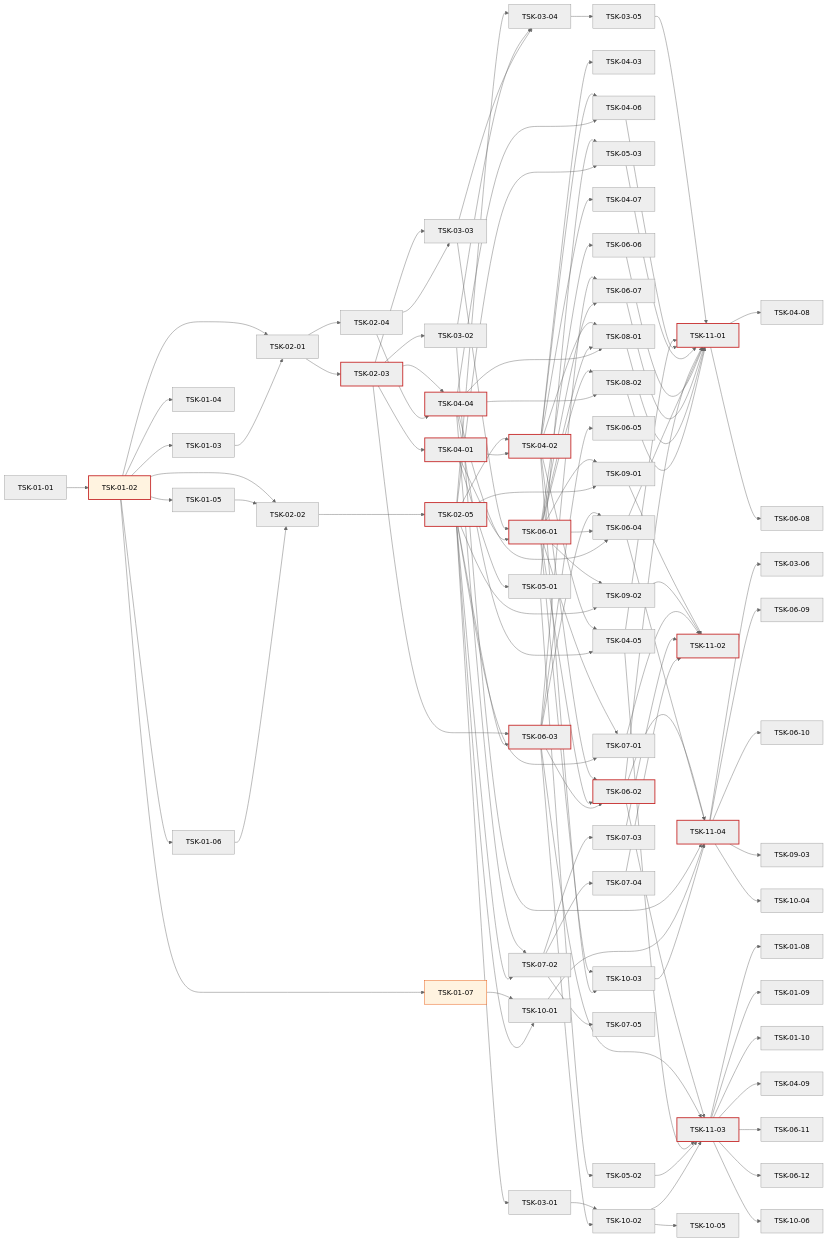
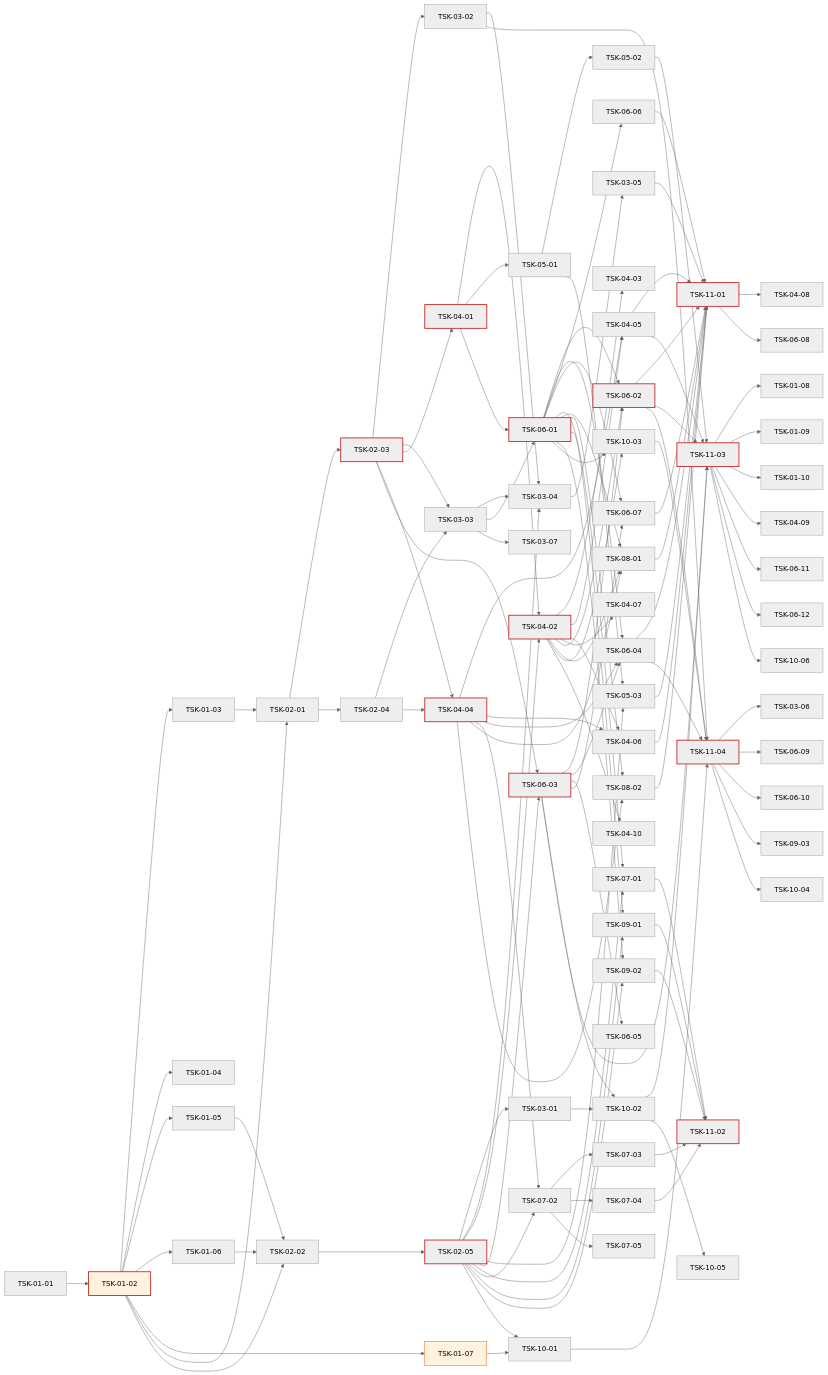
Before and after one commit to jongik-sv/oranda: the diagram in docs/wbs.md, drawn with Mermaid (neutral theme). The commit also changed other lines of this file and 1 other file, not shown here.

Commit message:
docs(wbs): add TSK-03-07 Oracle 11.2 support and TSK-04-10 Orange .sqd workspace import (D-026)

```diff
--- a/docs/wbs.md
+++ b/docs/wbs.md
@@ -2702,6 +2784,9 @@
   TSK-11-03 --> TSK-06-12
   TSK-11-03 --> TSK-10-06
   TSK-07-02 --> TSK-07-05
+  %% 2026-10-20 사용자 요청
+  TSK-03-03 --> TSK-03-07
+  TSK-04-02 --> TSK-04-10
   style TSK-01-02 fill:#fff3e0,stroke:#e65100
   style TSK-01-07 fill:#fff3e0,stroke:#e65100
   style TSK-01-02 stroke:#c62828,stroke-width:2px
```
